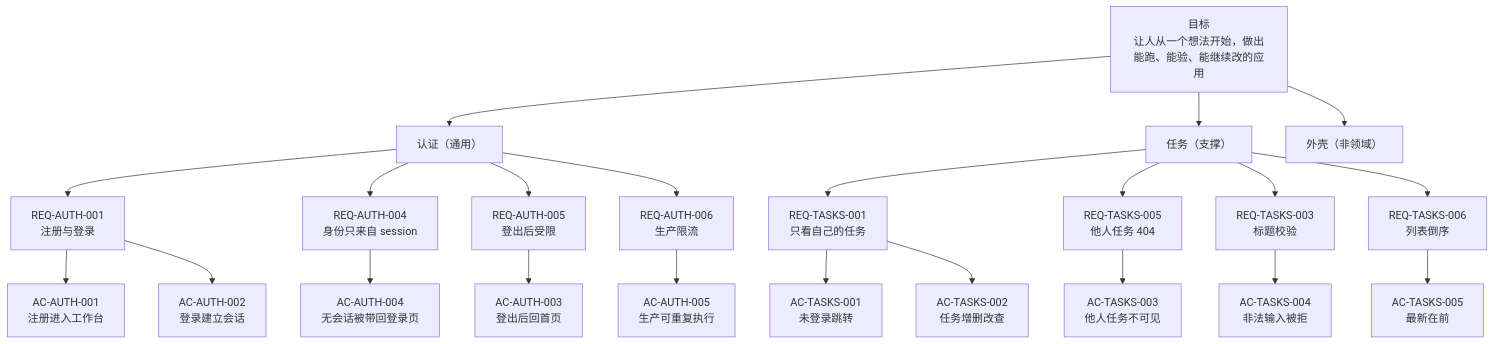
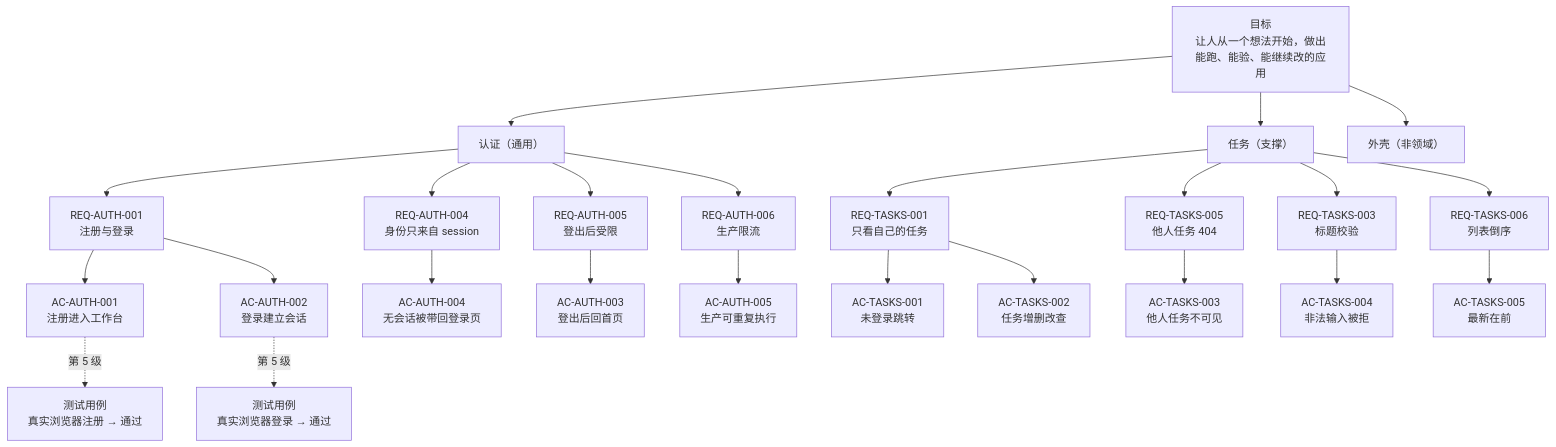
The diagram in docs/GOAL.md (morewhyhan/Ignite), drawn with Mermaid before and after one commit. The commit also changed other lines of this file and 1 other file, not shown here.

````diff
--- a/docs/GOAL.md
+++ b/docs/GOAL.md
@@ -25,25 +25,27 @@
 ```mermaid
 flowchart TD
   G["目标<br/>让人从一个想法开始，做出能跑、能验、能继续改的应用"]
   G --> D1["认证（通用）"]
   G --> D2["任务（支撑）"]
   G --> D3["外壳（非领域）"]
   D1 --> R1["REQ-AUTH-001<br/>注册与登录"]
   D1 --> R4["REQ-AUTH-004<br/>身份只来自 session"]
   D1 --> R5["REQ-AUTH-005<br/>登出后受限"]
   D1 --> R6["REQ-AUTH-006<br/>生产限流"]
   R1 --> A1["AC-AUTH-001<br/>注册进入工作台"]
   R1 --> A2["AC-AUTH-002<br/>登录建立会话"]
   R4 --> A4["AC-AUTH-004<br/>无会话被带回登录页"]
   R5 --> A3["AC-AUTH-003<br/>登出后回首页"]
   R6 --> A5["AC-AUTH-005<br/>生产可重复执行"]
   D2 --> T1["REQ-TASKS-001<br/>只看自己的任务"]
   D2 --> T5["REQ-TASKS-005<br/>他人任务 404"]
   D2 --> T3["REQ-TASKS-003<br/>标题校验"]
   D2 --> T6["REQ-TASKS-006<br/>列表倒序"]
   T1 --> AT1["AC-TASKS-001<br/>未登录跳转"]
   T1 --> AT2["AC-TASKS-002<br/>任务增删改查"]
   T5 --> AT3["AC-TASKS-003<br/>他人任务不可见"]
   T3 --> AT4["AC-TASKS-004<br/>非法输入被拒"]
   T6 --> AT5["AC-TASKS-005<br/>最新在前"]
+  A1 -.->|第 5 级| U1["测试用例<br/>真实浏览器注册 → 通过"]
+  A2 -.->|第 5 级| U2["测试用例<br/>真实浏览器登录 → 通过"]
 ```
````
